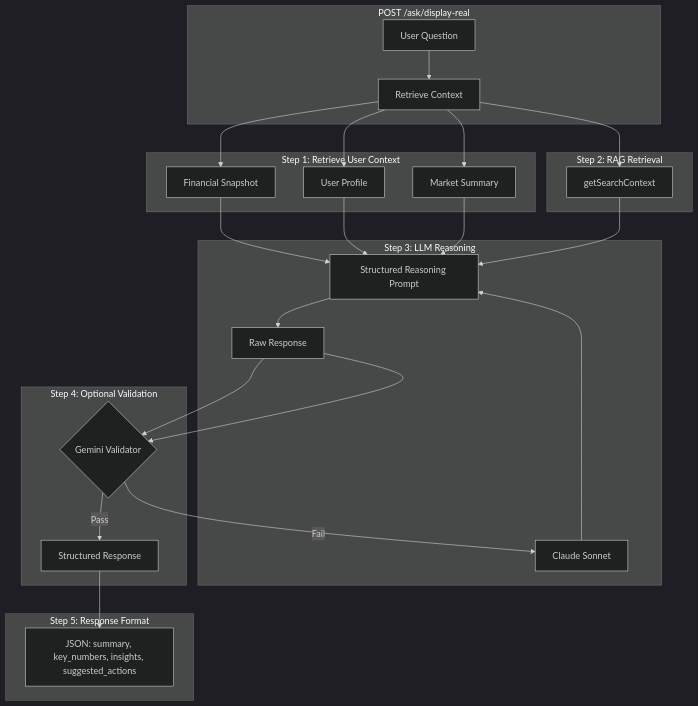
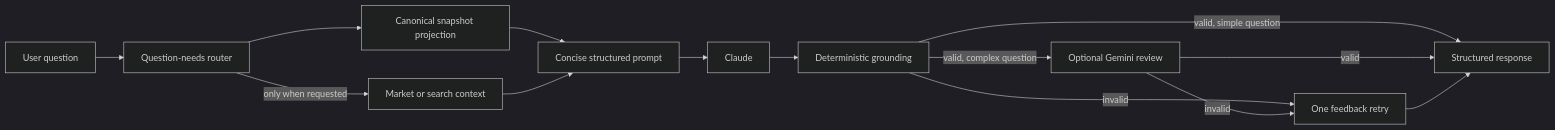
The diagram in docs/features/ASK_LINC_LLM_FINANCIAL_ANALYSIS.md (ethanteng/finsight), drawn with Mermaid (dark theme) before and after one commit. The commit also changed other lines of this file and 29 other files, not shown here.

````diff
--- a/docs/features/ASK_LINC_LLM_FINANCIAL_ANALYSIS.md
+++ b/docs/features/ASK_LINC_LLM_FINANCIAL_ANALYSIS.md
@@ -20,37 +21,16 @@
 ```mermaid
-flowchart TB
-    subgraph Endpoint [POST /ask/display-real]
-        A[User Question] --> B[Retrieve Context]
-    end
-    
-    subgraph ContextRetrieval [Step 1: Retrieve User Context]
-        B --> C[Financial Snapshot]
-        B --> D[User Profile]
-        B --> E[Market Summary]
-    end
-    
-    subgraph RAG [Step 2: RAG Retrieval]
-        B --> F[getSearchContext]
-    end
-    
-    subgraph LLM [Step 3: LLM Reasoning]
-        G[Claude Sonnet] --> H[Structured Reasoning Prompt]
-        H --> I[Raw Response]
-    end
-    
-    subgraph Validation [Step 4: Optional Validation]
-        I --> J{Gemini Validator}
-        J -->|Pass| K[Structured Response]
-        J -->|Fail| G
-    end
-    
-    subgraph Response [Step 5: Response Format]
-        K --> L[JSON: summary, key_numbers, insights, suggested_actions]
-    end
-    
-    C --> H
-    D --> H
-    E --> H
-    F --> H
-    I --> J
+flowchart LR
+    A[User question] --> B[Question-needs router]
+    B --> C[Canonical snapshot projection]
+    B -->|only when requested| D[Market or search context]
+    C --> E[Concise structured prompt]
+    D --> E
+    E --> F[Claude]
+    F --> G[Deterministic grounding]
+    G -->|valid, simple question| H[Structured response]
+    G -->|valid, complex question| I[Optional Gemini review]
+    G -->|invalid| J[One feedback retry]
+    I -->|invalid| J
+    I -->|valid| H
+    J --> H
 ```
````
